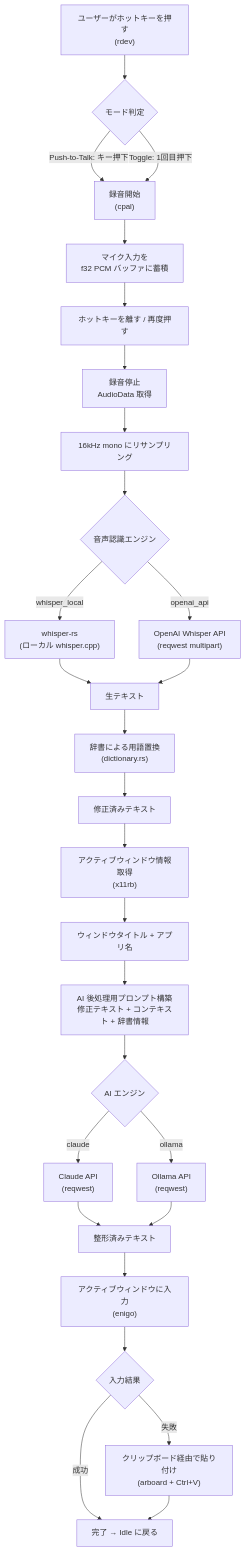
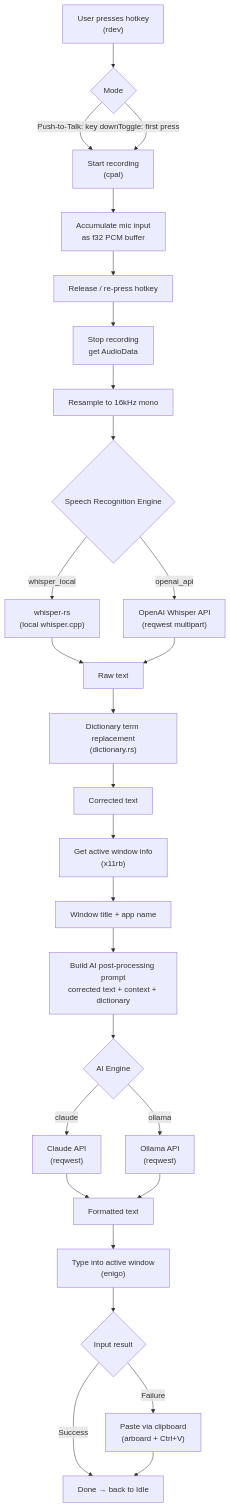
One commit to shuhei0866/koe changed the first of 2 diagrams in README.md. Above: the diagram before and after it, drawn with Mermaid. The commit also changed other lines of this file and 6 other files, not shown here.

````diff
--- a/README.md
+++ b/README.md
@@ -20,40 +48,40 @@
 ```mermaid
 flowchart TD
-    A["ユーザーがホットキーを押す\n(rdev)"] --> B{モード判定}
-    B -->|Push-to-Talk: キー押下| C["録音開始\n(cpal)"]
-    B -->|Toggle: 1回目押下| C
+    A["User presses hotkey\n(rdev)"] --> B{Mode}
+    B -->|Push-to-Talk: key down| C["Start recording\n(cpal)"]
+    B -->|Toggle: first press| C
 
-    C --> D["マイク入力を\nf32 PCM バッファに蓄積"]
-    D --> E["ホットキーを離す / 再度押す"]
-    E --> F["録音停止\nAudioData 取得"]
+    C --> D["Accumulate mic input\nas f32 PCM buffer"]
+    D --> E["Release / re-press hotkey"]
+    E --> F["Stop recording\nget AudioData"]
 
-    F --> G["16kHz mono にリサンプリング"]
+    F --> G["Resample to 16kHz mono"]
 
-    G --> H{音声認識エンジン}
-    H -->|whisper_local| I["whisper-rs\n(ローカル whisper.cpp)"]
+    G --> H{Speech Recognition Engine}
+    H -->|whisper_local| I["whisper-rs\n(local whisper.cpp)"]
     H -->|openai_api| J["OpenAI Whisper API\n(reqwest multipart)"]
 
-    I --> K["生テキスト"]
+    I --> K["Raw text"]
     J --> K
 
-    K --> L["辞書による用語置換\n(dictionary.rs)"]
-    L --> M["修正済みテキスト"]
+    K --> L["Dictionary term replacement\n(dictionary.rs)"]
+    L --> M["Corrected text"]
 
-    M --> N["アクティブウィンドウ情報取得\n(x11rb)"]
-    N --> O["ウィンドウタイトル + アプリ名"]
+    M --> N["Get active window info\n(x11rb)"]
+    N --> O["Window title + app name"]
 
-    O --> P["AI 後処理用プロンプト構築\n修正テキスト + コンテキスト + 辞書情報"]
+    O --> P["Build AI post-processing prompt\ncorrected text + context + dictionary"]
 
-    P --> Q{AI エンジン}
+    P --> Q{AI Engine}
     Q -->|claude| R["Claude API\n(reqwest)"]
     Q -->|ollama| S["Ollama API\n(reqwest)"]
 
-    R --> T["整形済みテキスト"]
+    R --> T["Formatted text"]
     S --> T
 
-    T --> U["アクティブウィンドウに入力\n(enigo)"]
-    U --> V{入力結果}
-    V -->|成功| W["完了 → Idle に戻る"]
-    V -->|失敗| X["クリップボード経由で貼り付け\n(arboard + Ctrl+V)"]
+    T --> U["Type into active window\n(enigo)"]
+    U --> V{Input result}
+    V -->|Success| W["Done → back to Idle"]
+    V -->|Failure| X["Paste via clipboard\n(arboard + Ctrl+V)"]
     X --> W
 ```
````
